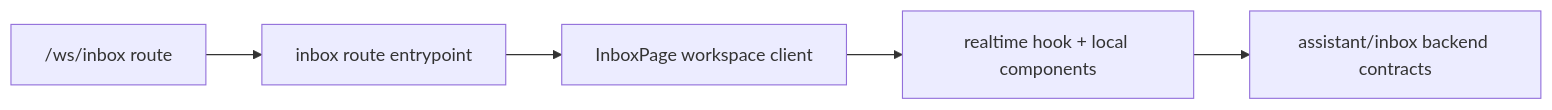
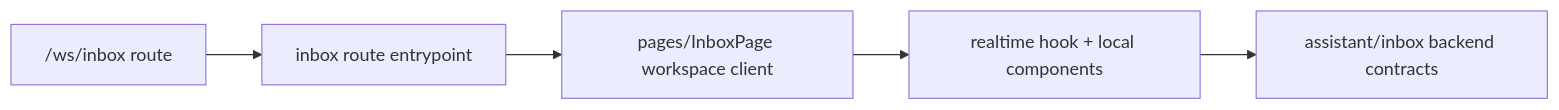
Before and after one commit to Up-to-code/anan-ai: the diagram in apps/web/app/(ws)/ws/(zones)/inbox/README.md, drawn with Mermaid. The commit also changed other lines of this file and 223 other files, not shown here.

Commit message:
Normalize workspace zone architecture

````diff
--- a/apps/web/app/(ws)/ws/(zones)/inbox/README.md
+++ b/apps/web/app/(ws)/ws/(zones)/inbox/README.md
@@ -15,7 +15,7 @@
 ```mermaid
 flowchart LR
   A["/ws/inbox route"] --> B["inbox route entrypoint"]
-  B --> C["InboxPage workspace client"]
+  B --> C["pages/InboxPage workspace client"]
   C --> D["realtime hook + local components"]
   D --> E["assistant/inbox backend contracts"]
 ```
````
